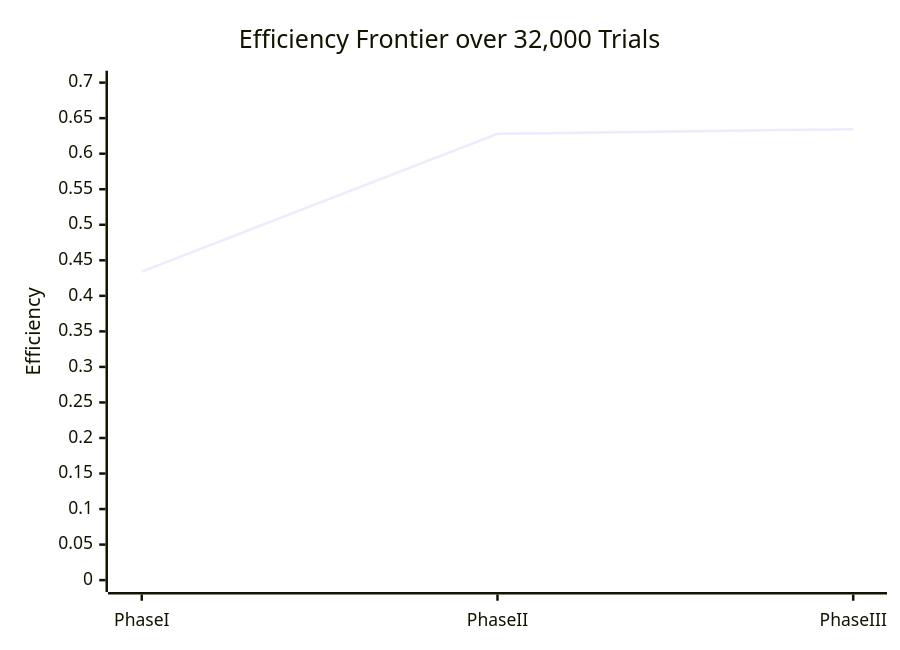
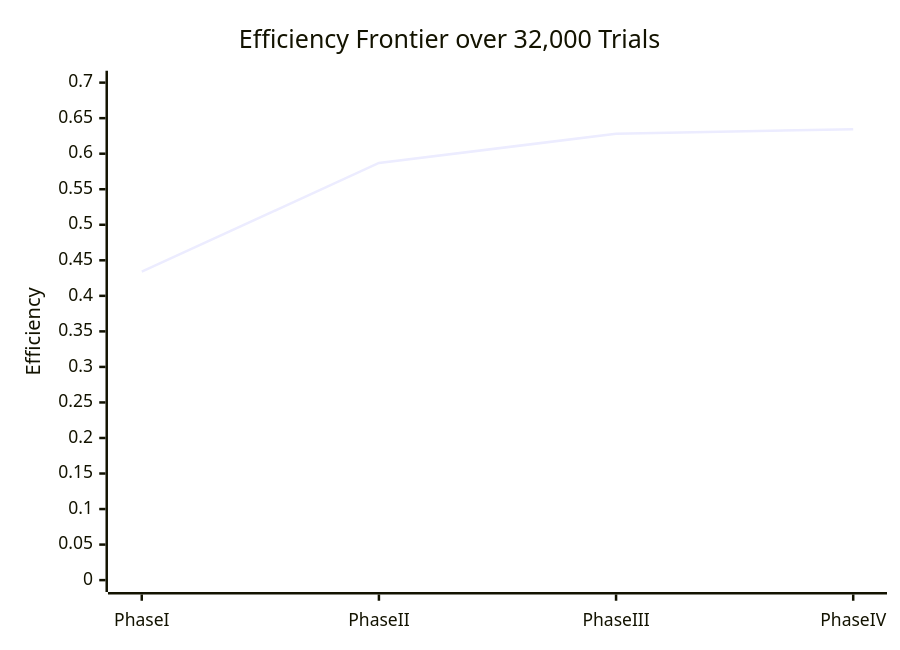
One commit to yellowchicken280/codex_topreconstruction changed the second of 2 diagrams in POSTER_GUIDE.md. Above: the diagram before and after it, drawn with Mermaid. The commit also changed other lines of this file and 1 other file, not shown here.

````diff
--- a/POSTER_GUIDE.md
+++ b/POSTER_GUIDE.md
@@ -76,7 +77,7 @@
 ```mermaid
 xychart-beta
     title "Efficiency Frontier over 32,000 Trials"
-    x-axis [Phase I, Phase II, Phase III]
+    x-axis [Phase I, Phase II, Phase III, Phase IV]
     y-axis "Efficiency" 0 --> 0.7
-    line [0.434, 0.628, 0.6345]
+    line [0.434, 0.587, 0.628, 0.6345]
 ```
````
